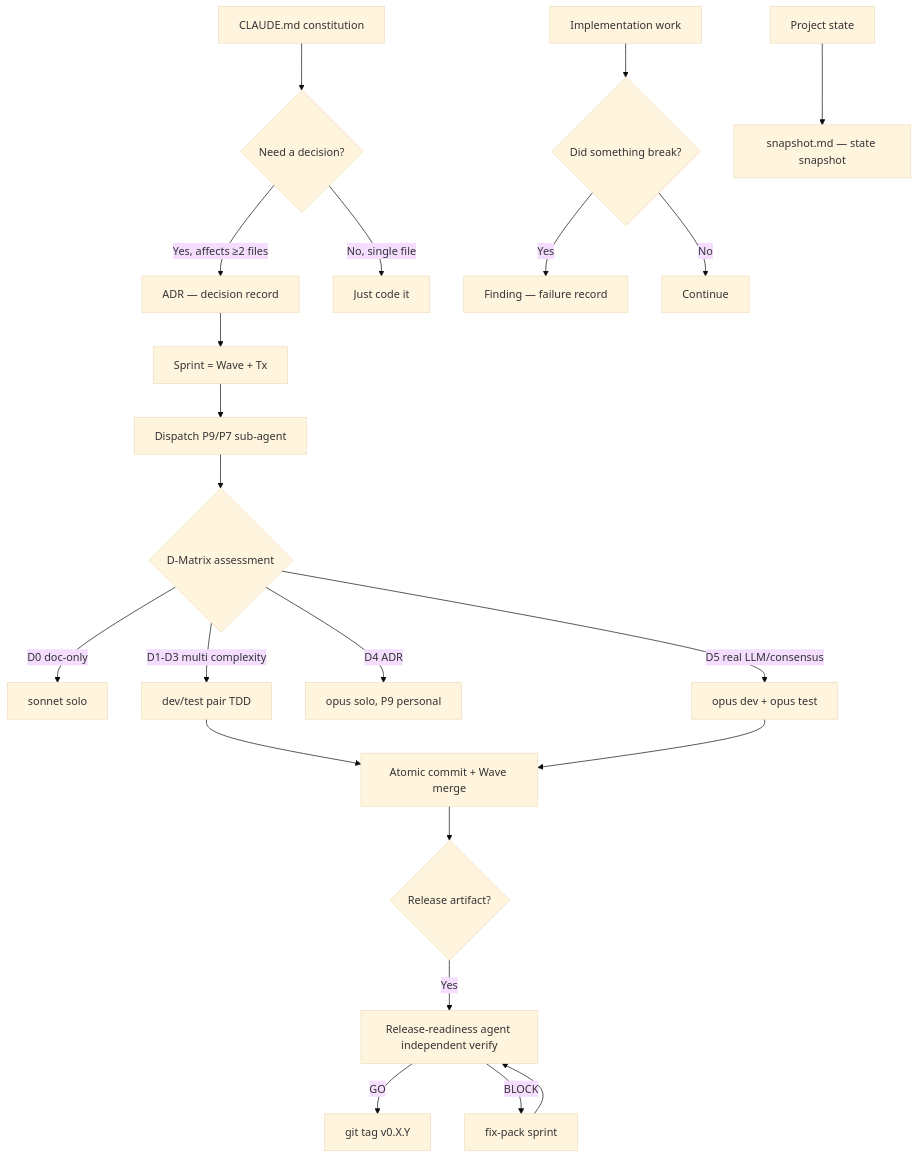
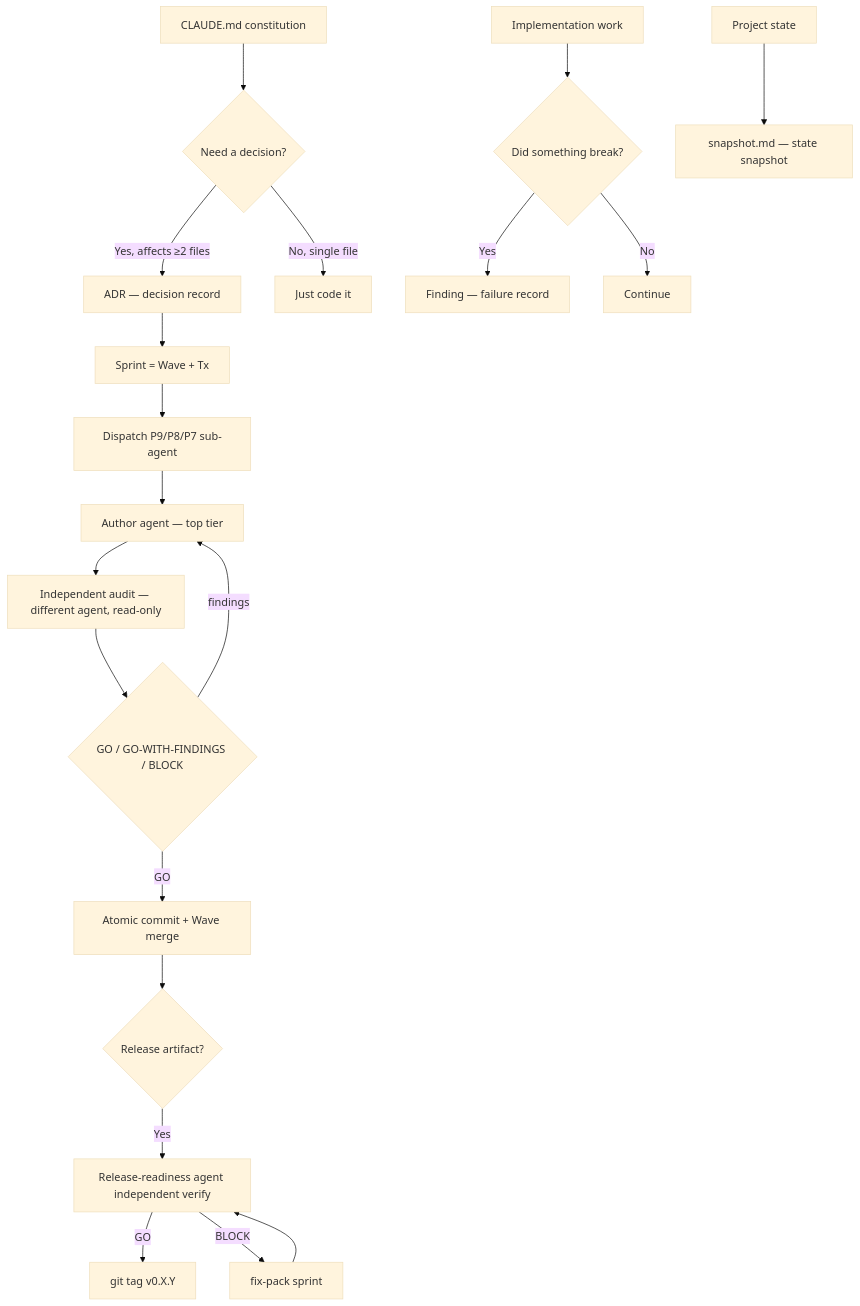
One commit to Cobrust-lang/agent-driven-development changed the first of 10 diagrams in docs/human/en/concept-map.md. Above: the diagram before and after it, drawn with Mermaid (base theme). The commit also changed other lines of this file and 7 other files, not shown here.

````diff
--- a/docs/human/en/concept-map.md
+++ b/docs/human/en/concept-map.md
@@ -7,30 +12,27 @@
 ```mermaid
 flowchart TB
     Constitution[CLAUDE.md constitution] --> Decisions{Need a decision?}
     Decisions -->|Yes, affects ≥2 files| ADR[ADR — decision record]
     Decisions -->|No, single file| InCode[Just code it]
 
     Implementation[Implementation work] --> Failure{Did something break?}
     Failure -->|Yes| Finding[Finding — failure record]
     Failure -->|No| Continue[Continue]
 
     State[Project state] --> Snapshot[snapshot.md — state snapshot]
 
     ADR --> Sprint[Sprint = Wave + Tx]
-    Sprint --> Dispatch[Dispatch P9/P7 sub-agent]
+    Sprint --> Dispatch[Dispatch P9/P8/P7 sub-agent]
 
-    Dispatch --> Drating{D-Matrix assessment}
-    Drating -->|D0 doc-only| Sonnet[sonnet solo]
-    Drating -->|D1-D3 multi complexity| Pair[dev/test pair TDD]
-    Drating -->|D4 ADR| OpusSolo[opus solo, P9 personal]
-    Drating -->|D5 real LLM/consensus| OpusPair[opus dev + opus test]
-
-    Pair --> CommitWave[Atomic commit + Wave merge]
-    OpusPair --> CommitWave
+    Dispatch --> Author[Author agent — top tier]
+    Author --> Audit[Independent audit — different agent, read-only]
+    Audit --> Verdict{GO / GO-WITH-FINDINGS / BLOCK}
+    Verdict -->|findings| Author
+    Verdict -->|GO| CommitWave[Atomic commit + Wave merge]
 
     CommitWave --> ReleaseGate{Release artifact?}
     ReleaseGate -->|Yes| ReleaseReady[Release-readiness agent independent verify]
     ReleaseReady -->|GO| Tag[git tag v0.X.Y]
     ReleaseReady -->|BLOCK| Fix[fix-pack sprint]
     Fix --> ReleaseReady
 ```
````
